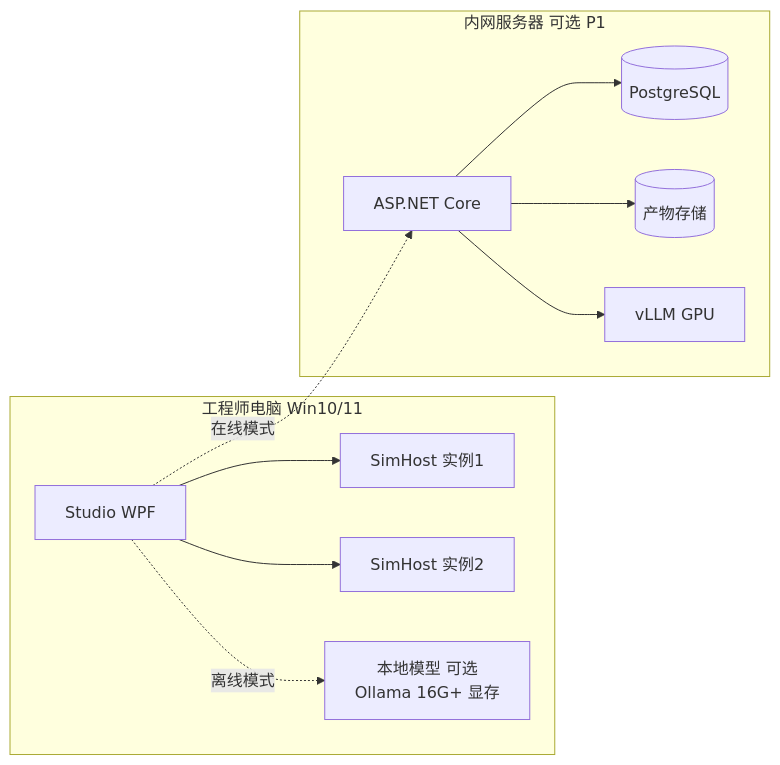
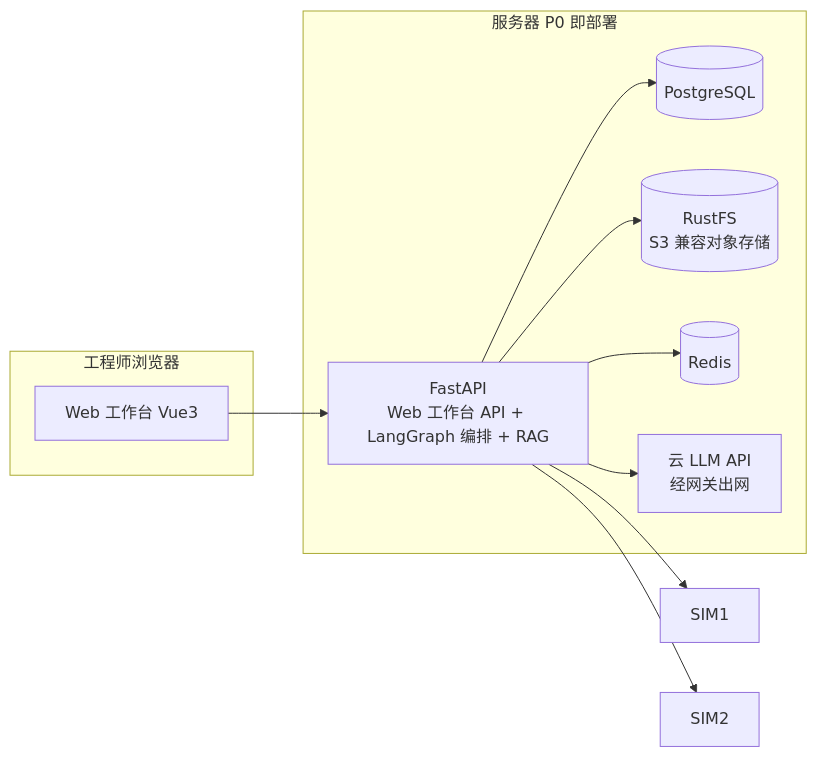
One commit to smart-open/NeuroAxis changed the second of 3 diagrams in docs/chapters/02_architecture.md. Above: the diagram before and after it, drawn with Mermaid. The commit also changed other lines of this file and 31 other files, not shown here.

````diff
--- a/docs/chapters/02_architecture.md
+++ b/docs/chapters/02_architecture.md
@@ -86,19 +91,16 @@
 ```mermaid
 flowchart LR
-  subgraph 工程师电脑[工程师电脑 Win10/11]
-    STU[Studio WPF]
-    SIM1[SimHost 实例1]
-    SIM2[SimHost 实例2]
-    LLM1[本地模型 可选\nOllama 16G+ 显存]
+  subgraph 浏览器[工程师浏览器]
+    STU[Web 工作台 Vue3]
   end
-  subgraph 内网服务器 可选 P1
-    API[ASP.NET Core]
+  subgraph 服务器[服务器 P0 即部署]
+    API[FastAPI\nWeb 工作台 API + LangGraph 编排 + RAG]
     PG[(PostgreSQL)]
-    MINIO[(产物存储)]
-    LLM2[vLLM GPU]
+    RFS[(RustFS\nS3 兼容对象存储)]
+    RD[(Redis)]
+    LLM2[云 LLM API\n经网关出网]
   end
-  STU --> SIM1 & SIM2
-  STU -.离线模式.-> LLM1
-  STU -.在线模式.-> API
-  API --> PG & MINIO & LLM2
+  STU --> API
+  API --> SIM1 & SIM2
+  API --> PG & RFS & RD & LLM2
 ```
````
